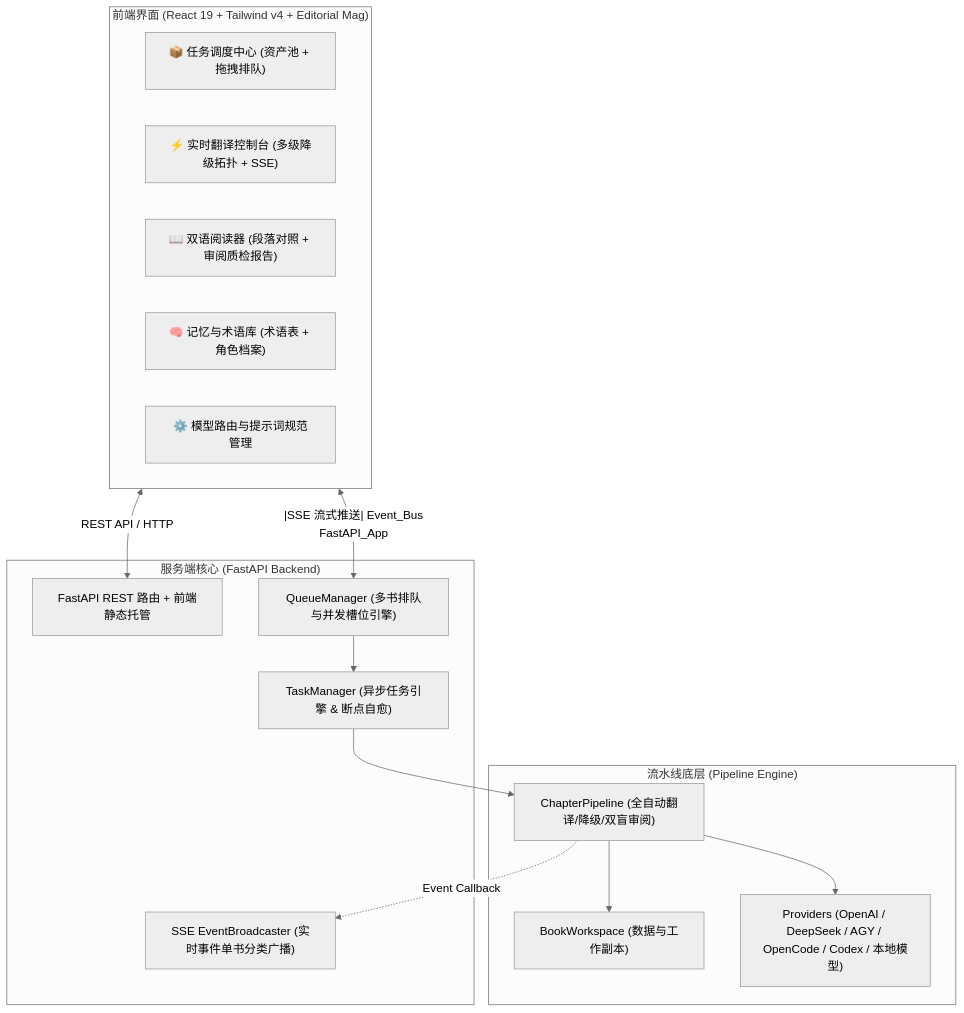
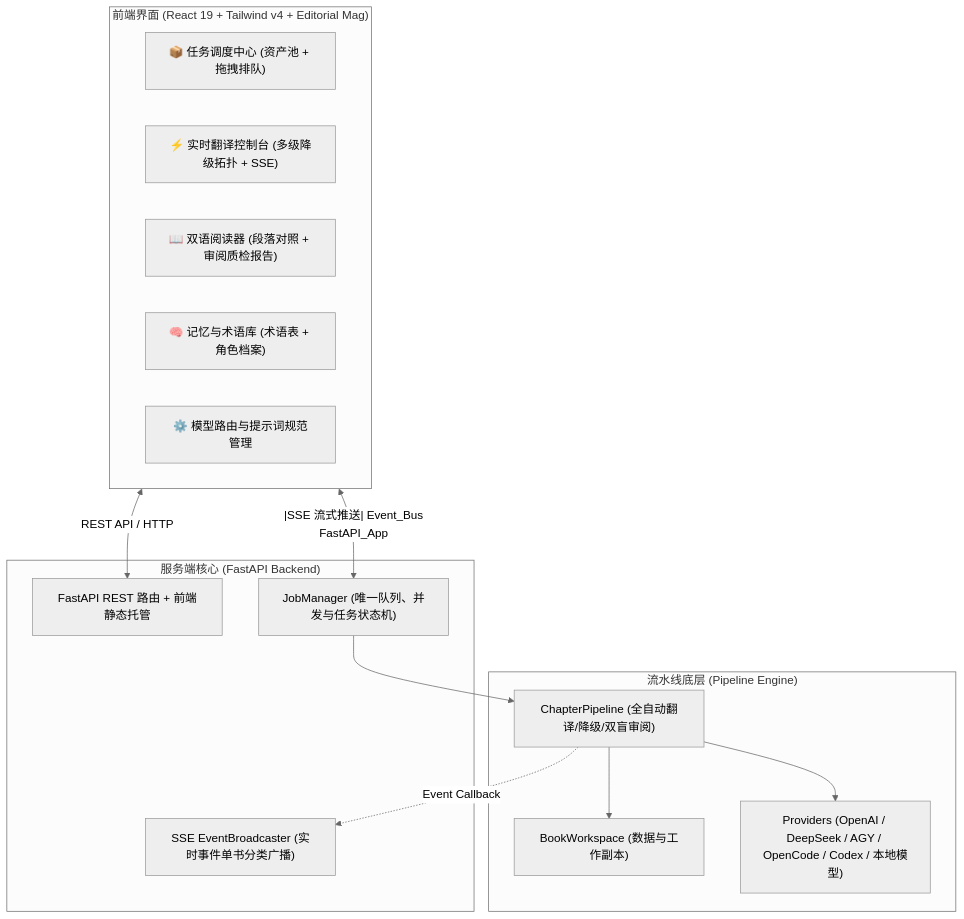
Before and after one commit to bread22/novel-translator-pipeline: the diagram in docs/web-studio-prd.md, drawn with Mermaid (neutral theme). The commit also changed 27 other files, not shown here.

````diff
--- a/docs/web-studio-prd.md
+++ b/docs/web-studio-prd.md
@@ -31,32 +31,30 @@
 ```mermaid
 graph TD
     subgraph Client ["前端界面 (React 19 + Tailwind v4 + Editorial Mag)"]
         UI_Queue["📦 任务调度中心 (资产池 + 拖拽排队)"]
         UI_Studio["⚡ 实时翻译控制台 (多级降级拓扑 + SSE)"]
         UI_Reader["📖 双语阅读器 (段落对照 + 审阅质检报告)"]
         UI_Memory["🧠 记忆与术语库 (术语表 + 角色档案)"]
         UI_Settings["⚙️ 模型路由与提示词规范管理"]
     end
 
     subgraph Server ["服务端核心 (FastAPI Backend)"]
         FastAPI_App["FastAPI REST 路由 + 前端静态托管"]
-        Queue_Manager["QueueManager (多书排队与并发槽位引擎)"]
-        Task_Manager["TaskManager (异步任务引擎 & 断点自愈)"]
+        Job_Manager["JobManager (唯一队列、并发与任务状态机)"]
         Event_Bus["SSE EventBroadcaster (实时事件单书分类广播)"]
     end
 
     subgraph Core_Engine ["流水线底层 (Pipeline Engine)"]
         Workspace["BookWorkspace (数据与工作副本)"]
         Pipeline_Core["ChapterPipeline (全自动翻译/降级/双盲审阅)"]
         Providers_Layer["Providers (OpenAI / DeepSeek / AGY / OpenCode / Codex / 本地模型)"]
     end
 
     Client <-->|REST API / HTTP| FastAPI_App
     Client <--|SSE 流式推送| Event_Bus
-    FastAPI_App --> Queue_Manager
-    Queue_Manager --> Task_Manager
-    Task_Manager --> Pipeline_Core
+    FastAPI_App --> Job_Manager
+    Job_Manager --> Pipeline_Core
     Pipeline_Core --> Workspace
     Pipeline_Core --> Providers_Layer
     Pipeline_Core -.->|Event Callback| Event_Bus
 ```
````
